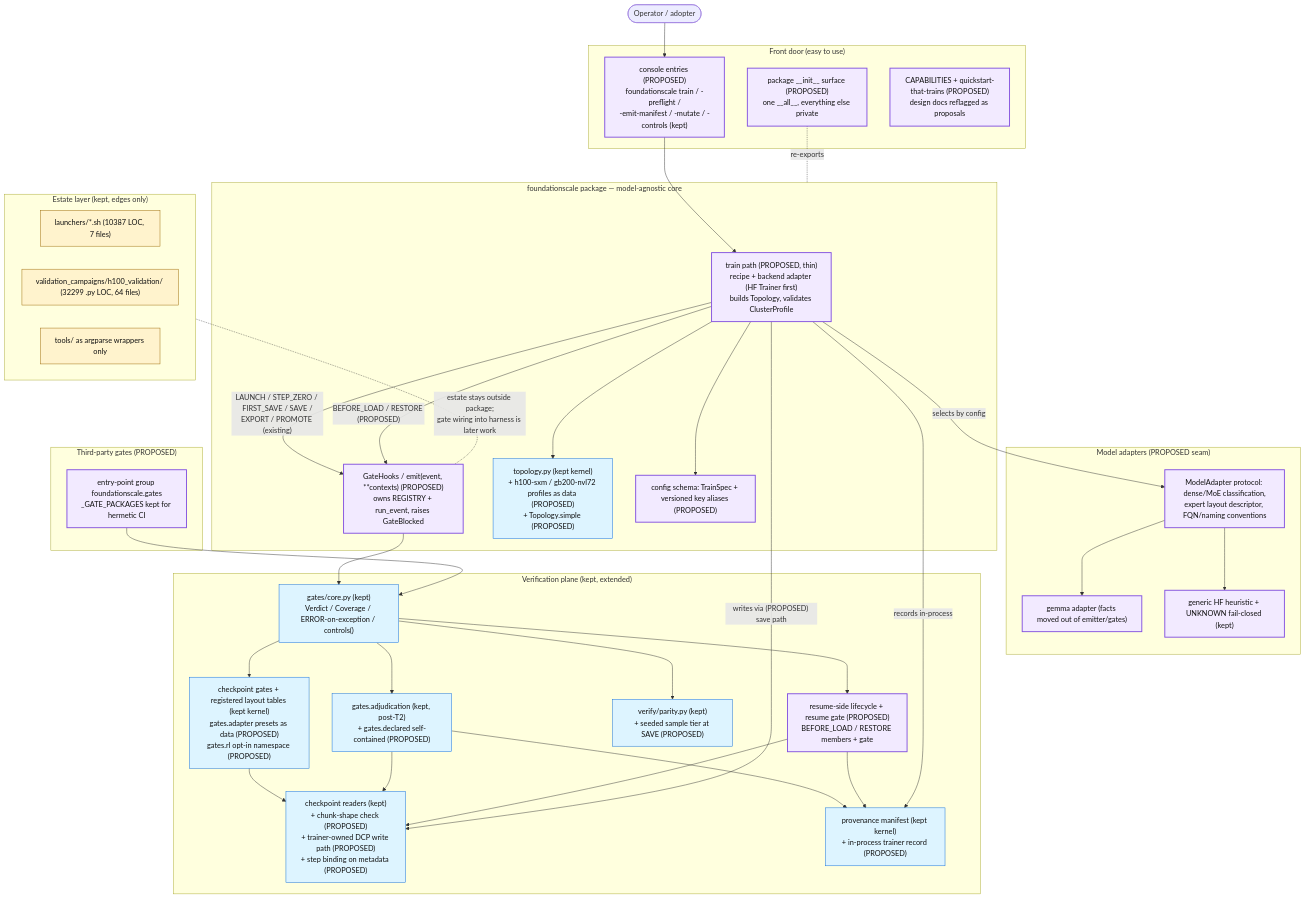
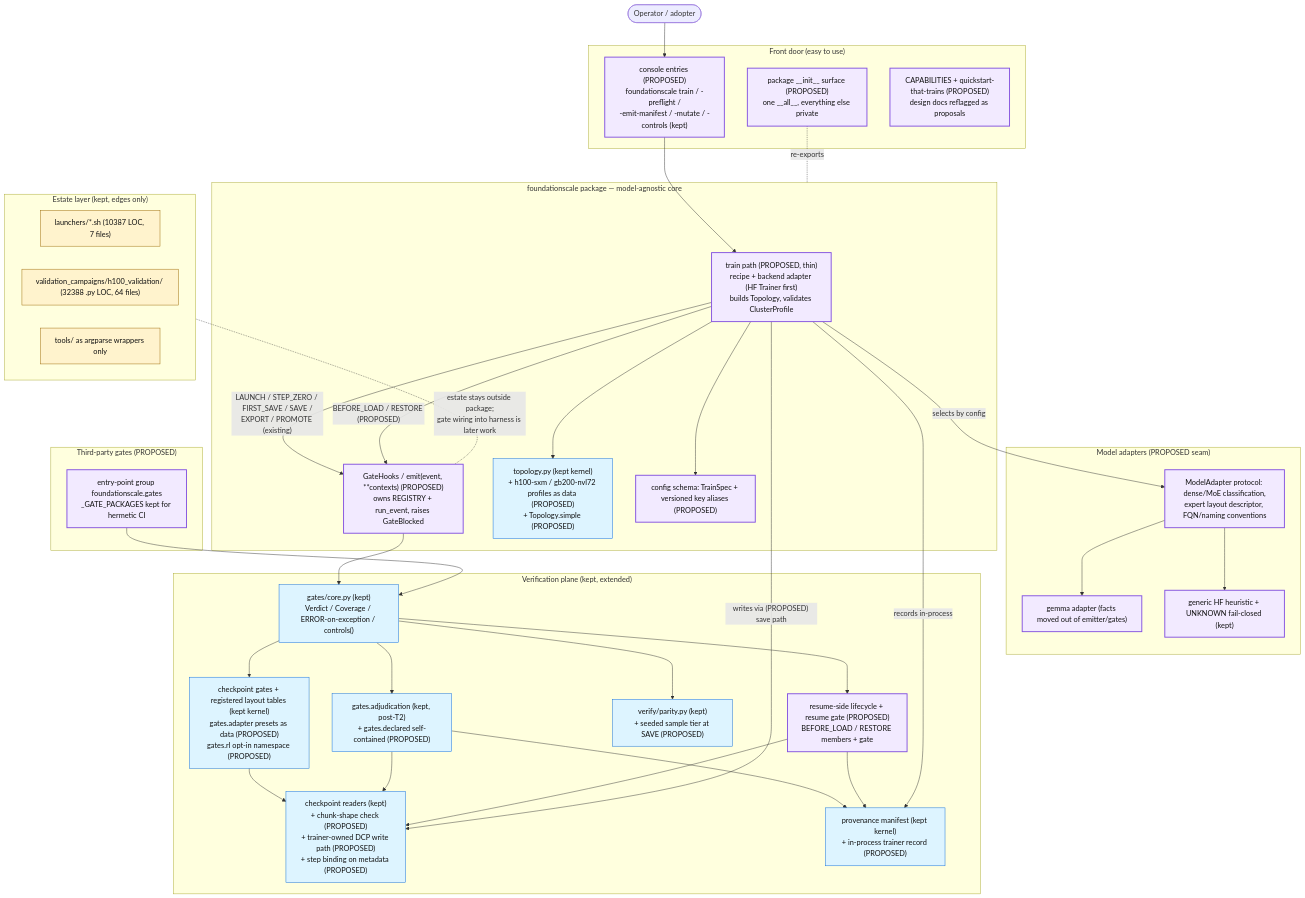
One commit to TranNhiem/FoundationScale changed the diagram in docs/review/D5_proposed_architecture.md. Above: the diagram before and after it, drawn with Mermaid. The commit also changed other lines of this file and 10 other files, not shown here.

````diff
--- a/docs/review/D5_proposed_architecture.md
+++ b/docs/review/D5_proposed_architecture.md
@@ -13,74 +13,74 @@
 ```mermaid
 flowchart TB
   U(["Operator / adopter"])
 
   subgraph FRONT["Front door (easy to use)"]
     CLI["console entries (PROPOSED)<br/>foundationscale train / -preflight /<br/>-emit-manifest / -mutate / -controls (kept)"]
     SURF["package __init__ surface (PROPOSED)<br/>one __all__, everything else private"]
     DOCS["CAPABILITIES + quickstart-that-trains (PROPOSED)<br/>design docs reflagged as proposals"]
   end
 
   subgraph CORE["foundationscale package — model-agnostic core"]
     TRAIN["train path (PROPOSED, thin)<br/>recipe + backend adapter (HF Trainer first)<br/>builds Topology, validates ClusterProfile"]
     HOOKS["GateHooks / emit(event, **contexts) (PROPOSED)<br/>owns REGISTRY + run_event, raises GateBlocked"]
     TOPO["topology.py (kept kernel)<br/>+ h100-sxm / gb200-nvl72 profiles as data (PROPOSED)<br/>+ Topology.simple (PROPOSED)"]
     CONFIG["config schema: TrainSpec + versioned key aliases (PROPOSED)"]
   end
 
   subgraph ADAPT["Model adapters (PROPOSED seam)"]
     MA["ModelAdapter protocol: dense/MoE classification,<br/>expert layout descriptor, FQN/naming conventions"]
     GEM["gemma adapter (facts moved out of emitter/gates)"]
     HF["generic HF heuristic + UNKNOWN fail-closed (kept)"]
   end
 
   subgraph VERIFY["Verification plane (kept, extended)"]
     GCORE["gates/core.py (kept)<br/>Verdict / Coverage / ERROR-on-exception / controls()"]
     GCK["checkpoint gates + registered layout tables (kept kernel)<br/>gates.adapter presets as data (PROPOSED)<br/>gates.rl opt-in namespace (PROPOSED)"]
     ADJ["gates.adjudication (kept, post-T2)<br/>+ gates.declared self-contained (PROPOSED)"]
     PAR["verify/parity.py (kept)<br/>+ seeded sample tier at SAVE (PROPOSED)"]
     CKIO["checkpoint readers (kept)<br/>+ chunk-shape check (PROPOSED)<br/>+ trainer-owned DCP write path (PROPOSED)<br/>+ step binding on metadata (PROPOSED)"]
     PROV["provenance manifest (kept kernel)<br/>+ in-process trainer record (PROPOSED)"]
     RES["resume-side lifecycle + resume gate (PROPOSED)<br/>BEFORE_LOAD / RESTORE members + gate"]
   end
 
   subgraph PLUG["Third-party gates (PROPOSED)"]
     EP["entry-point group foundationscale.gates<br/>_GATE_PACKAGES kept for hermetic CI"]
   end
 
   subgraph ESTATE["Estate layer (kept, edges only)"]
     LAU["launchers/*.sh (10387 LOC, 7 files)"]
-    H100["validation_campaigns/h100_validation/ (32299 .py LOC, 64 files)"]
+    H100["validation_campaigns/h100_validation/ (32388 .py LOC, 64 files)"]
     WRAP["tools/ as argparse wrappers only"]
   end
 
   U --> CLI --> TRAIN
   SURF -. re-exports .- CORE
   TRAIN --> TOPO
   TRAIN --> CONFIG
   TRAIN -- "selects by config" --> MA
   MA --> GEM
   MA --> HF
   TRAIN -- "LAUNCH / STEP_ZERO / FIRST_SAVE / SAVE /<br/>EXPORT / PROMOTE (existing)" --> HOOKS
   TRAIN -- "BEFORE_LOAD / RESTORE (PROPOSED)" --> HOOKS
   HOOKS --> GCORE
   EP --> GCORE
   GCORE --> GCK
   GCORE --> ADJ
   GCORE --> PAR
   GCORE --> RES
   GCK --> CKIO
   ADJ --> CKIO
   ADJ --> PROV
   RES --> CKIO
   RES --> PROV
   TRAIN -- "writes via (PROPOSED) save path" --> CKIO
   TRAIN -- "records in-process" --> PROV
   ESTATE -. "estate stays outside package;<br/>gate wiring into harness is later work" .- HOOKS
 
   classDef new fill:#f2eaff,stroke:#8250df,stroke-width:2px,color:#111;
   classDef kept fill:#ddf4ff,stroke:#0969da,color:#111;
   classDef estate fill:#fff3cd,stroke:#9a6700,color:#111;
   class TRAIN,HOOKS,CLI,SURF,DOCS,MA,GEM,HF,RES,EP,CONFIG new;
   class GCORE,GCK,ADJ,PAR,CKIO,PROV,TOPO kept;
   class LAU,H100,WRAP estate;
 ```
````
